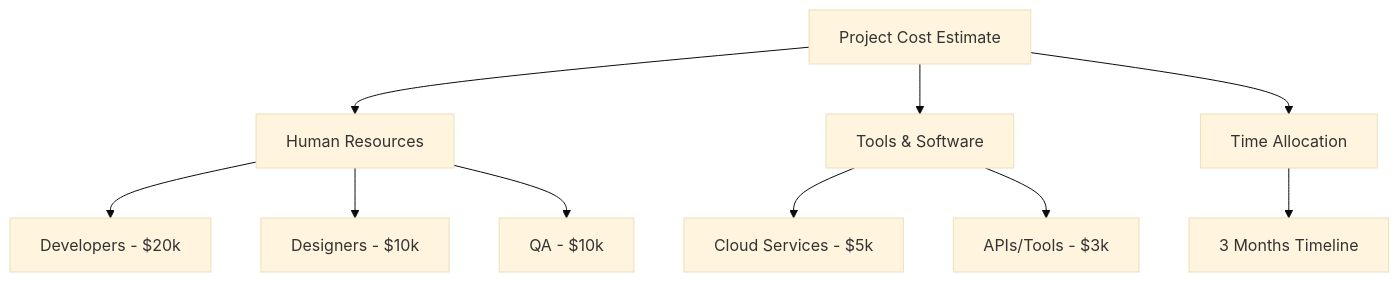
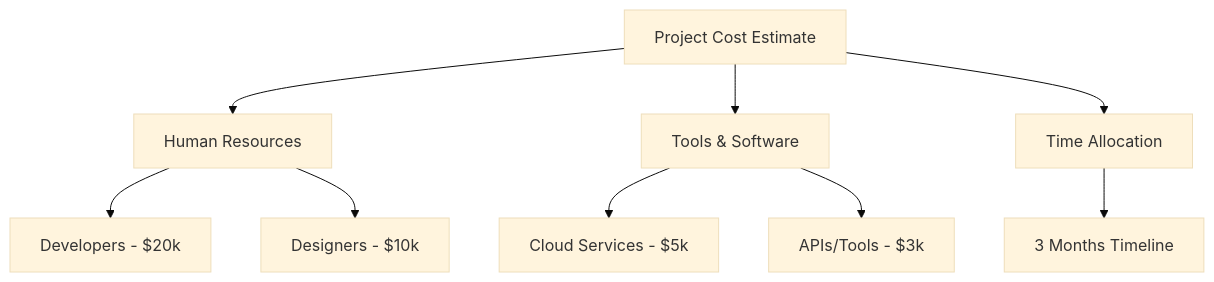
Before and after one commit to saikanov/ridwan-curhat: the fifth of 5 diagrams in README.md, drawn with Mermaid (base theme). The commit also changed other lines of this file, not shown here.

````diff
--- a/README.md
+++ b/README.md
@@ -183,12 +173,11 @@
 ```mermaid
 flowchart TD
-A[Project Cost Estimate] --> B[Human Resources]
-A --> C[Tools & Software]
-A --> D[Time Allocation]
-B --> B1[Developers - $20k]
-B --> B2[Designers - $10k]
-B --> B3[QA - $10k]
-C --> C1[Cloud Services - $5k]
-C --> C2[APIs/Tools - $3k]
-D --> D1[3 Months Timeline]
+    A[Project Cost Estimate] --> B[Human Resources]
+    A --> C[Tools & Software]
+    A --> D[Time Allocation]
+    B --> B1[Developers - $20k]
+    B --> B2[Designers - $10k]
+    C --> C1[Cloud Services - $5k]
+    C --> C2[APIs/Tools - $3k]
+    D --> D1[3 Months Timeline]
 ```
````
